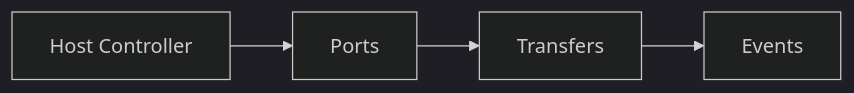
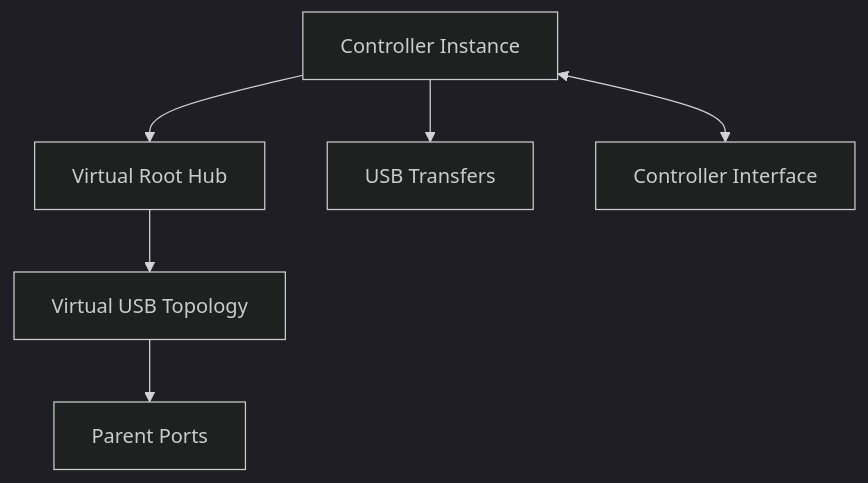
The second of 4 diagrams in doc/requirements/software-requirements.md (RomanBuchert/VirtUSB), drawn with Mermaid (dark theme) before and after one commit. The commit also changed other lines of this file and 6 other files, not shown here.

First line of the commit message:
docs: refine architecture and requirements documentation (WIP)

````diff
--- a/doc/requirements/software-requirements.md
+++ b/doc/requirements/software-requirements.md
@@ -148,11 +185,15 @@
 ```mermaid
-flowchart LR
-   HC["Host Controller"]
-   Ports["Ports"]
-   Xfers["Transfers"]
-   Events["Events"]
+flowchart TB
+   controller["Controller Instance"]
+   root["Virtual Root Hub"]
+   topology["Virtual USB Topology"]
+   ports["Parent Ports"]
+   transfers["USB Transfers"]
+   interface["Controller Interface"]
 
-   HC --> Ports
-   Ports --> Xfers
-   Xfers --> Events
+   controller --> root
+   root --> topology
+   topology --> ports
+   controller --> transfers
+   controller <--> interface
 ```
````
